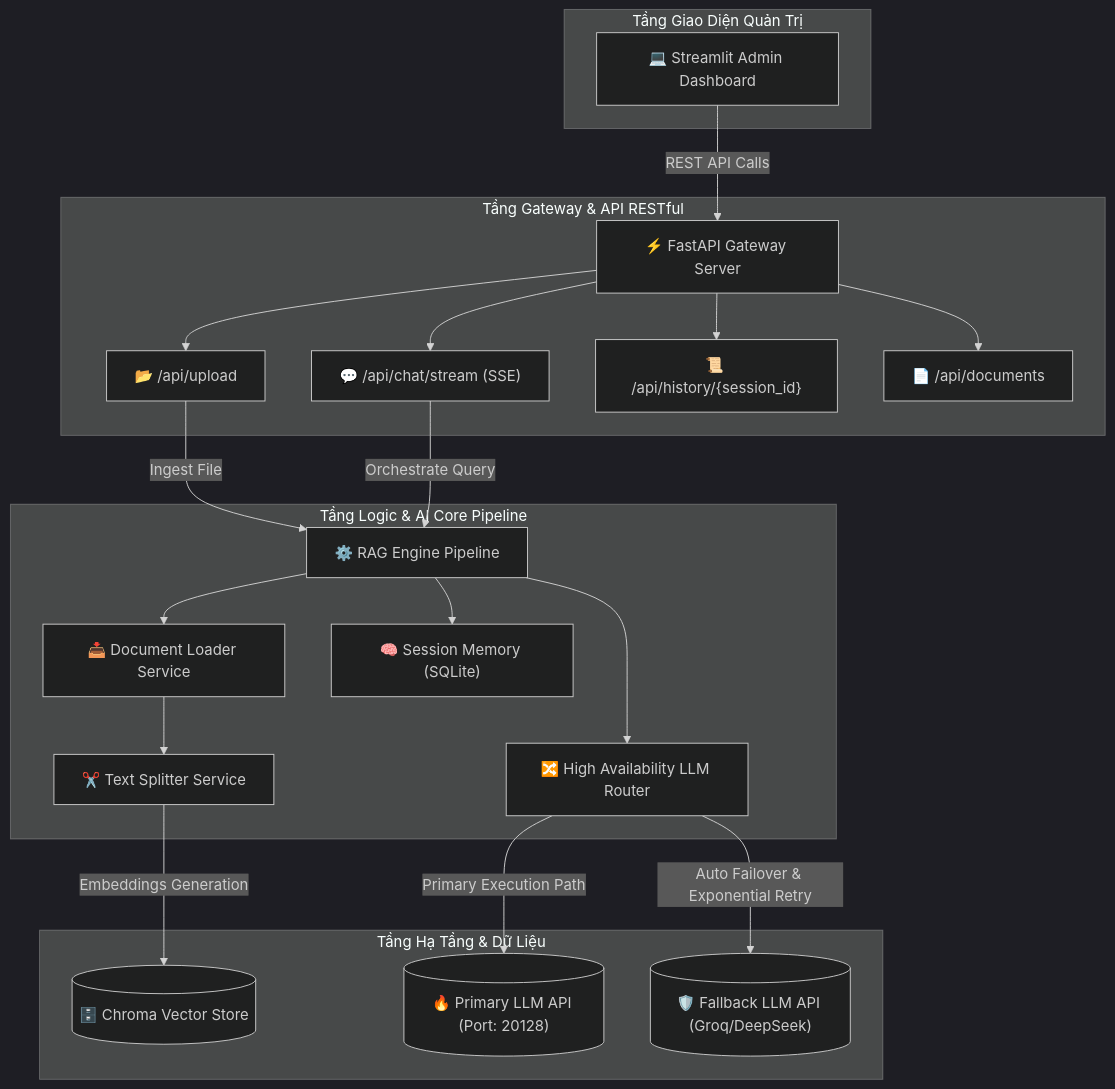
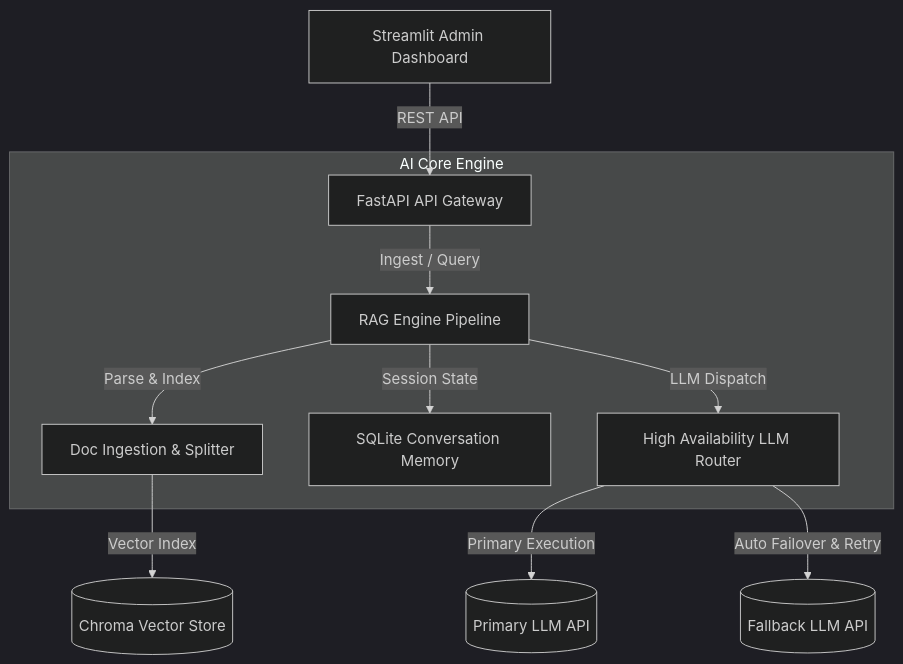
One commit to thanhphandev/enterprise-ai-platform changed the diagram in README.md. Above: the diagram before and after it, drawn with Mermaid (dark theme). The commit also changed other lines of this file, not shown here.

````diff
--- a/README.md
+++ b/README.md
@@ -18,51 +16,15 @@
 ```mermaid
 graph TD
-    %% Tầng Client UI %%
-    subgraph Client_Layer [Tầng Giao Diện Quản Trị]
-        Dashboard["💻 Streamlit Admin Dashboard"]
+    Dashboard["Streamlit Admin Dashboard"] -->|REST API| Gateway["FastAPI API Gateway"]
+    
+    subgraph Core_Engine [AI Core Engine]
+        Gateway -->|Ingest / Query| RAGPipeline["RAG Engine Pipeline"]
+        RAGPipeline -->|Parse & Index| DocLoader["Doc Ingestion & Splitter"]
+        RAGPipeline -->|Session State| Memory["SQLite Conversation Memory"]
+        RAGPipeline -->|LLM Dispatch| LLMRouter["High Availability LLM Router"]
     end
-
-    %% Tầng API Gateway %%
-    subgraph API_Layer [Tầng Gateway & API RESTful]
-        Gateway["⚡ FastAPI Gateway Server"]
-        UploadRoute["📂 /api/upload"]
-        ChatRoute["💬 /api/chat/stream (SSE)"]
-        HistoryRoute["📜 /api/history/{session_id}"]
-        DocRoute["📄 /api/documents"]
-    end
-
-    %% Tầng Logic AI %%
-    subgraph AI_Core [Tầng Logic & AI Core Pipeline]
-        RAGPipeline["⚙️ RAG Engine Pipeline"]
-        DocLoader["📥 Document Loader Service"]
-        TextSplitter["✂️ Text Splitter Service"]
-        Memory["🧠 Session Memory (SQLite)"]
-        LLMRouter["🔀 High Availability LLM Router"]
-    end
-
-    %% Tầng Lưu Trữ %%
-    subgraph Storage_Layer [Tầng Hạ Tầng & Dữ Liệu]
-        Chroma[("🗄️ Chroma Vector Store")]
-        PrimaryLLM[("🔥 Primary LLM API (Port: 20128)")]
-        FallbackLLM[("🛡️ Fallback LLM API (Groq/DeepSeek)")]
-    end
-
-    %% Các mối quan hệ %%
-    Dashboard -->|REST API Calls| Gateway
-    Gateway --> UploadRoute
-    Gateway --> ChatRoute
-    Gateway --> HistoryRoute
-    Gateway --> DocRoute
     
-    UploadRoute -->|Ingest File| RAGPipeline
-    ChatRoute -->|Orchestrate Query| RAGPipeline
-    
-    RAGPipeline --> DocLoader
-    RAGPipeline --> Memory
-    RAGPipeline --> LLMRouter
-    
-    DocLoader --> TextSplitter
-    TextSplitter -->|Embeddings Generation| Chroma
-    LLMRouter -->|Primary Execution Path| PrimaryLLM
-    LLMRouter -->|Auto Failover & Exponential Retry| FallbackLLM
+    DocLoader -->|Vector Index| Chroma[("Chroma Vector Store")]
+    LLMRouter -->|Primary Execution| PrimaryLLM[("Primary LLM API")]
+    LLMRouter -->|Auto Failover & Retry| FallbackLLM[("Fallback LLM API")]
 ```
````
